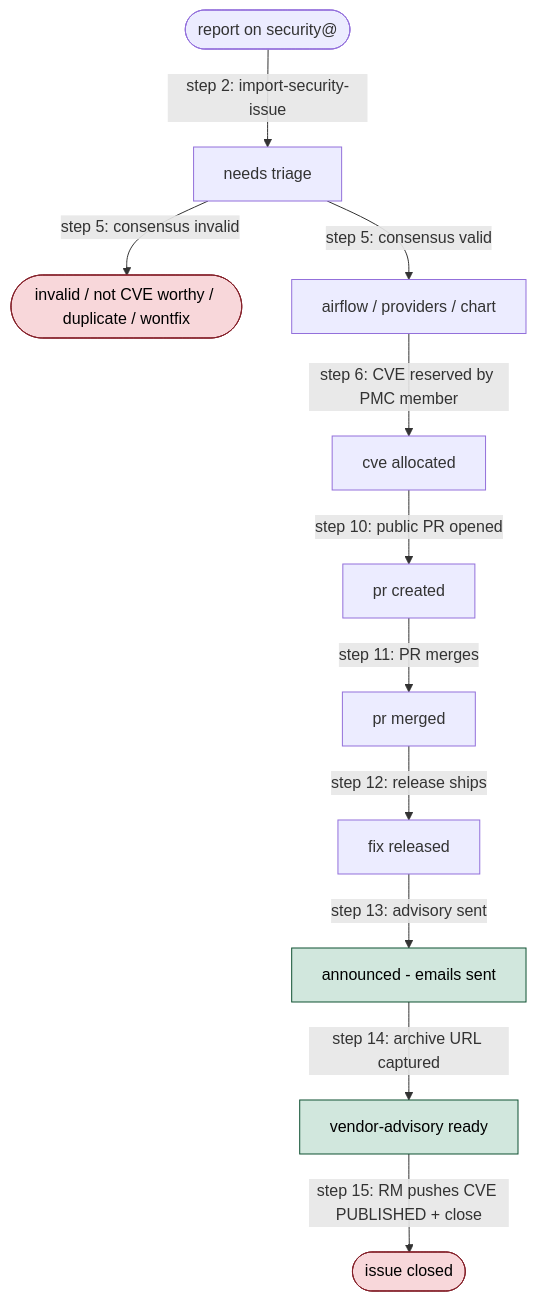
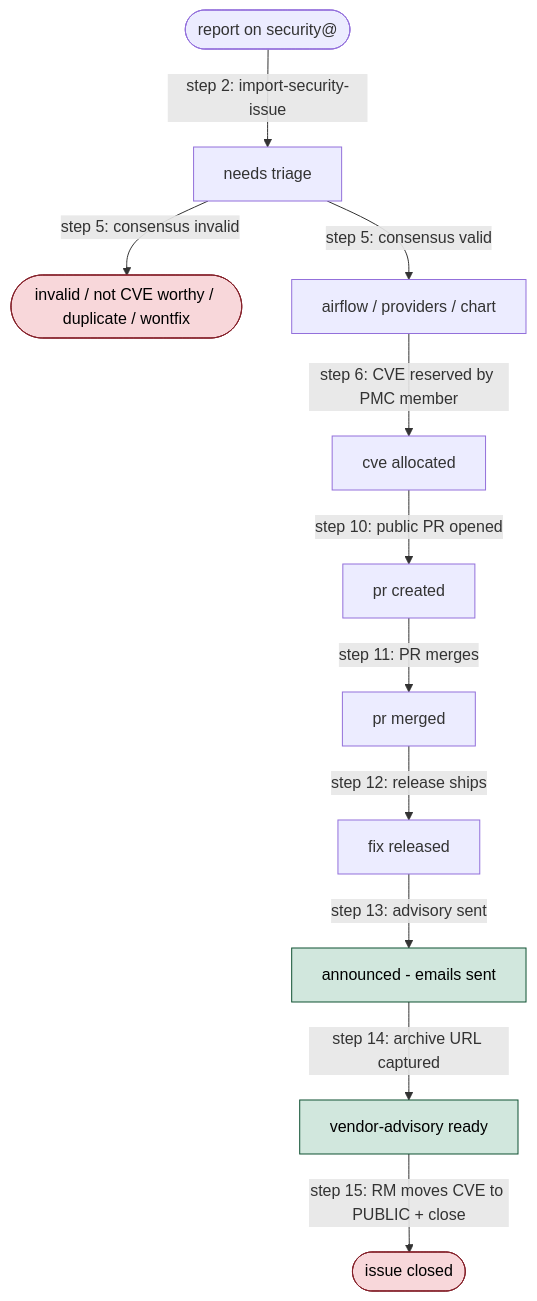
Before and after one commit to potiuk/airflow: the diagram in README.md, drawn with Mermaid. The commit also changed other lines of this file and 2 other files, not shown here.

First line of the commit message:
fix Vulnogram RM action: REVIEW → PUBLIC, not REVIEW → PUBLISHED

````diff
--- a/README.md
+++ b/README.md
@@ -815,18 +815,18 @@
 ```mermaid
 flowchart TD
     A([report on security@]) -->|step 2: import-security-issue| B[needs triage]
     B -->|step 5: consensus invalid| X1([invalid / not CVE worthy / duplicate / wontfix])
     B -->|step 5: consensus valid| C[airflow / providers / chart]
     C -->|step 6: CVE reserved by PMC member| D[cve allocated]
     D -->|step 10: public PR opened| E[pr created]
     E -->|step 11: PR merges| F[pr merged]
     F -->|step 12: release ships| G[fix released]
     G -->|step 13: advisory sent| H[announced - emails sent]
     H -->|step 14: archive URL captured| J[vendor-advisory ready]
-    J -->|step 15: RM pushes CVE PUBLISHED + close| Z([issue closed])
+    J -->|step 15: RM moves CVE to PUBLIC + close| Z([issue closed])
 
     classDef closed fill:#f8d7da,stroke:#842029,color:#000;
     classDef done fill:#d1e7dd,stroke:#0f5132,color:#000;
     class X1,Z closed;
     class H,J done;
 ```
````
